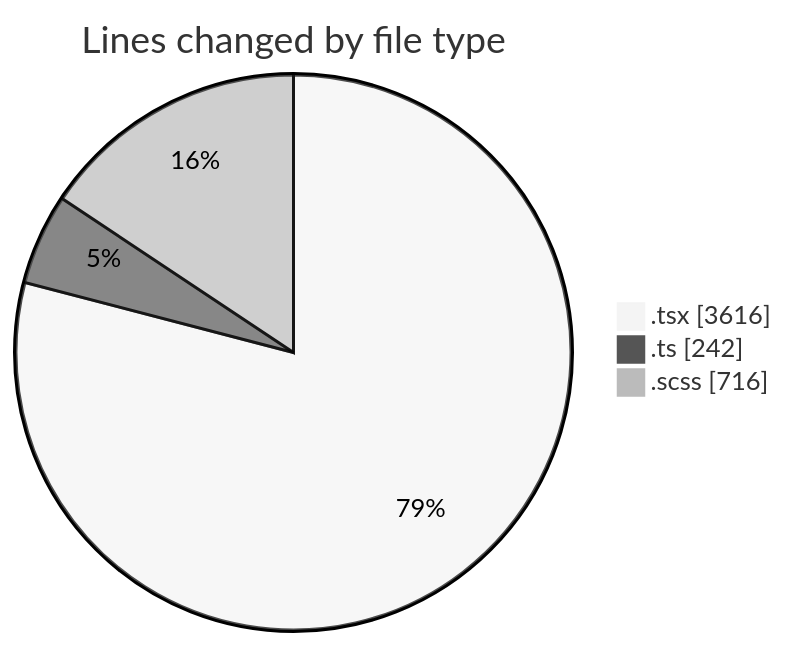
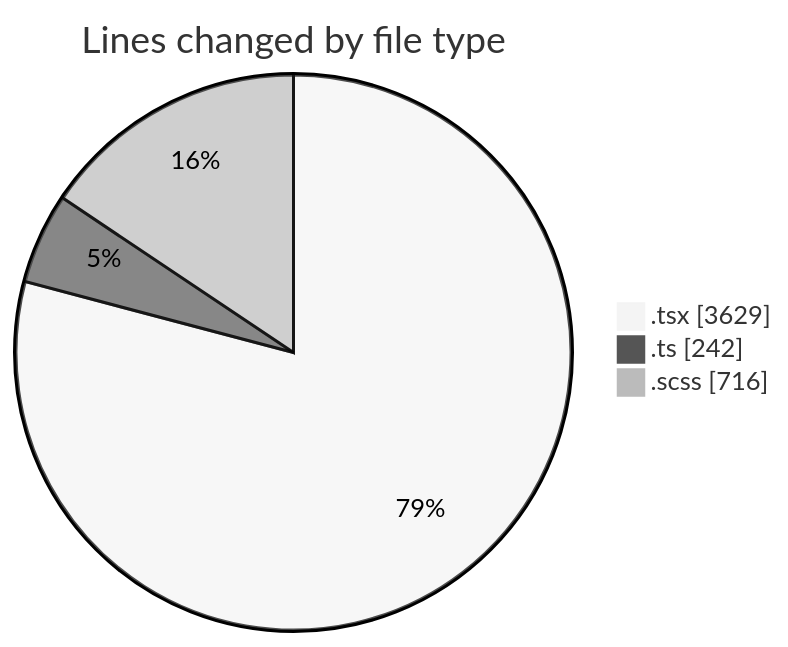
One commit to momahboobian/code-tracking changed the first of 2 diagrams in 2025-09-15/cda/README.md. Above: the diagram before and after it, drawn with Mermaid (neutral theme). The commit also changed other lines of this file and 1 other file, not shown here.

````diff
--- a/2025-09-15/cda/README.md
+++ b/2025-09-15/cda/README.md
@@ -25,7 +25,7 @@
 ```mermaid
 pie showData
 title Lines changed by file type
-".tsx" : 3616
+".tsx" : 3629
 ".ts" : 242
 ".scss" : 716
 ```
````
